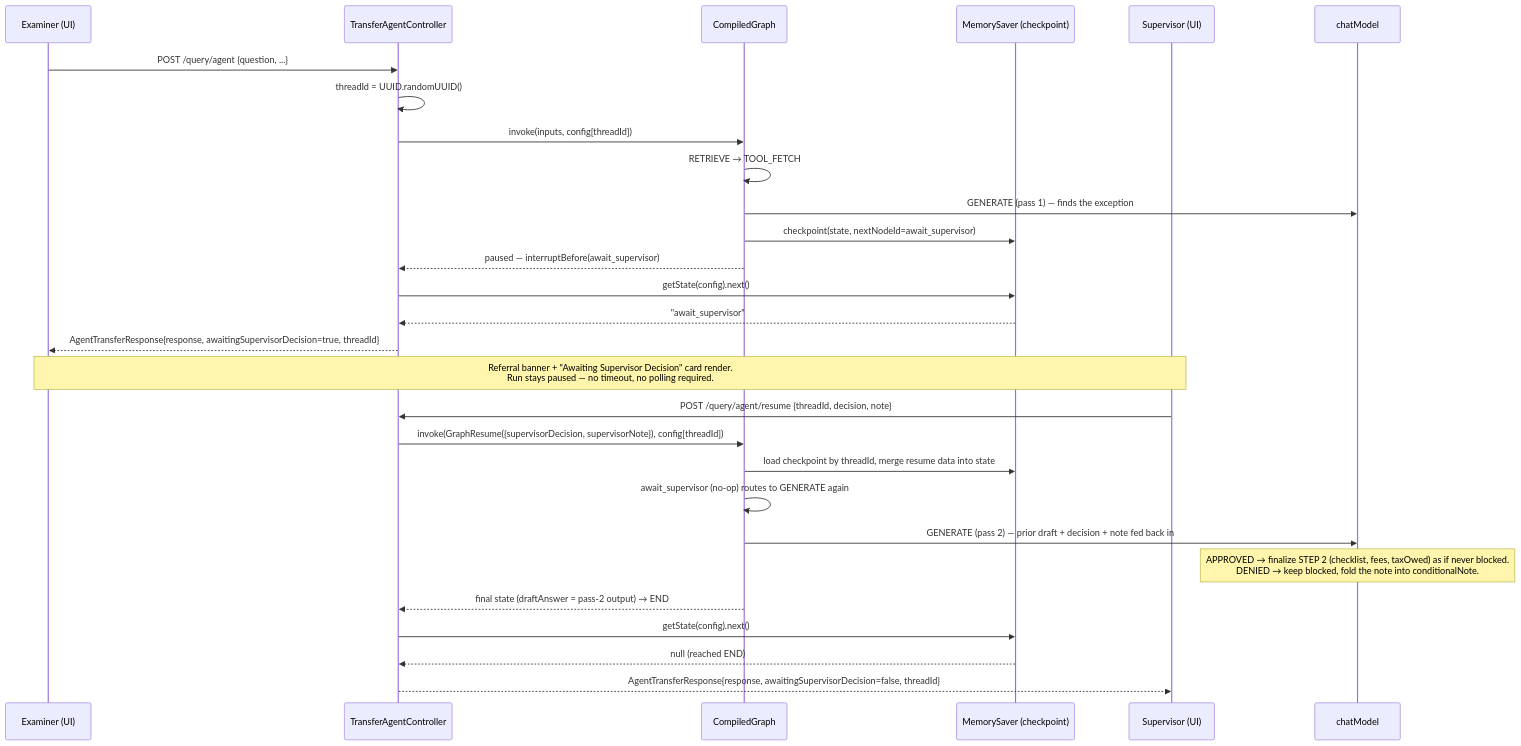
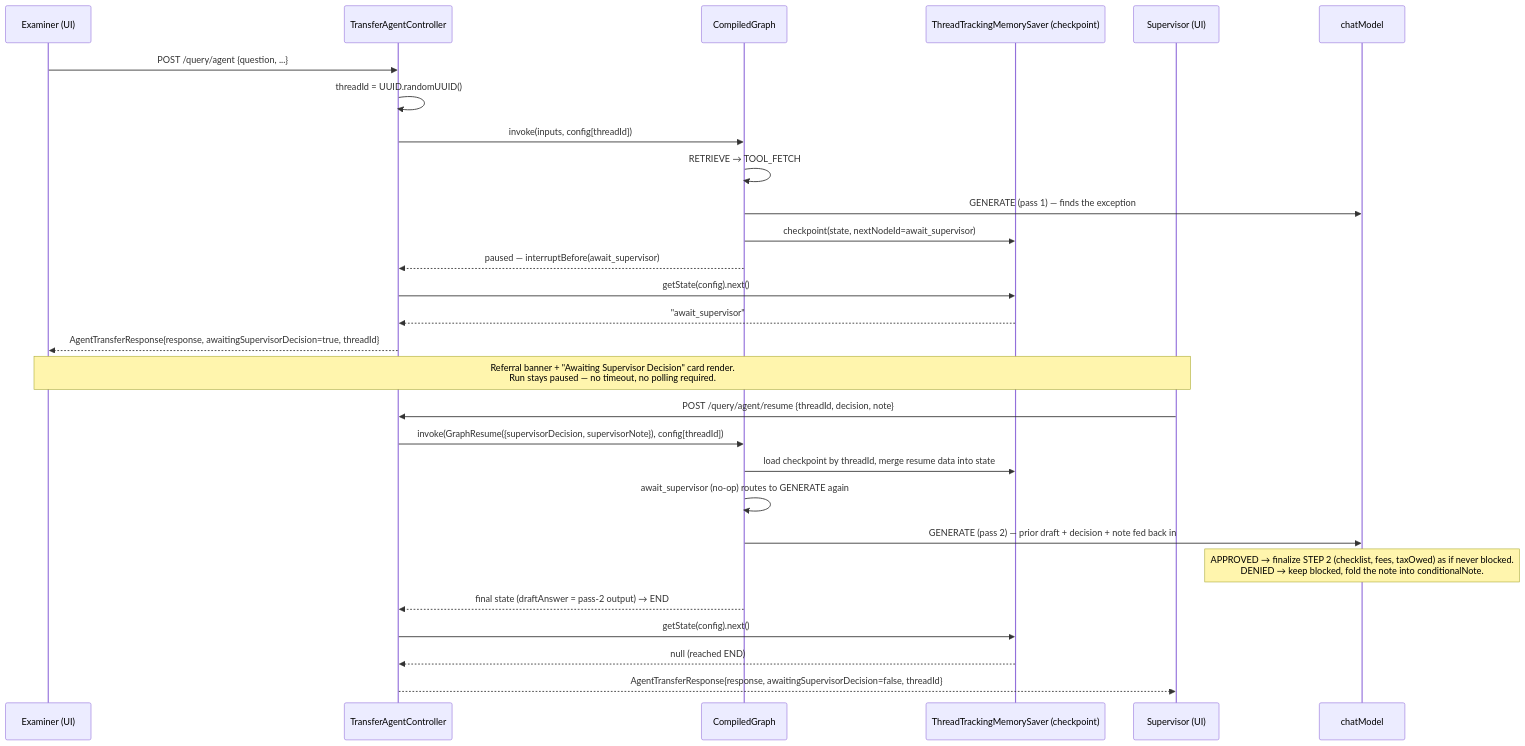
One commit to srikanthkaushik/title-ai changed the fifth of 7 diagrams in docs/architecture.md. Above: the diagram before and after it, drawn with Mermaid. The commit also changed other lines of this file and 12 other files, not shown here.

````diff
--- a/docs/architecture.md
+++ b/docs/architecture.md
@@ -172,33 +173,33 @@
 ```mermaid
 sequenceDiagram
     participant U as Examiner (UI)
     participant TAC as TransferAgentController
     participant G as CompiledGraph
-    participant CP as MemorySaver (checkpoint)
+    participant CP as ThreadTrackingMemorySaver (checkpoint)
     participant Sup as Supervisor (UI)
     participant LLM as chatModel
 
     U->>TAC: POST /query/agent {question, ...}
     TAC->>TAC: threadId = UUID.randomUUID()
     TAC->>G: invoke(inputs, config[threadId])
     G->>G: RETRIEVE → TOOL_FETCH
     G->>LLM: GENERATE (pass 1) — finds the exception
     G->>CP: checkpoint(state, nextNodeId=await_supervisor)
     G-->>TAC: paused — interruptBefore(await_supervisor)
     TAC->>CP: getState(config).next()
     CP-->>TAC: "await_supervisor"
     TAC-->>U: AgentTransferResponse{response, awaitingSupervisorDecision=true, threadId}
 
     Note over U,Sup: Referral banner + "Awaiting Supervisor Decision" card render.<br/>Run stays paused — no timeout, no polling required.
 
     Sup->>TAC: POST /query/agent/resume {threadId, decision, note}
     TAC->>G: invoke(GraphResume({supervisorDecision, supervisorNote}), config[threadId])
     G->>CP: load checkpoint by threadId, merge resume data into state
     G->>G: await_supervisor (no-op) routes to GENERATE again
     G->>LLM: GENERATE (pass 2) — prior draft + decision + note fed back in
     Note over LLM: APPROVED → finalize STEP 2 (checklist, fees, taxOwed) as if never blocked.<br/>DENIED → keep blocked, fold the note into conditionalNote.
     G-->>TAC: final state (draftAnswer = pass-2 output) → END
     TAC->>CP: getState(config).next()
     CP-->>TAC: null (reached END)
     TAC-->>Sup: AgentTransferResponse{response, awaitingSupervisorDecision=false, threadId}
 ```
````
